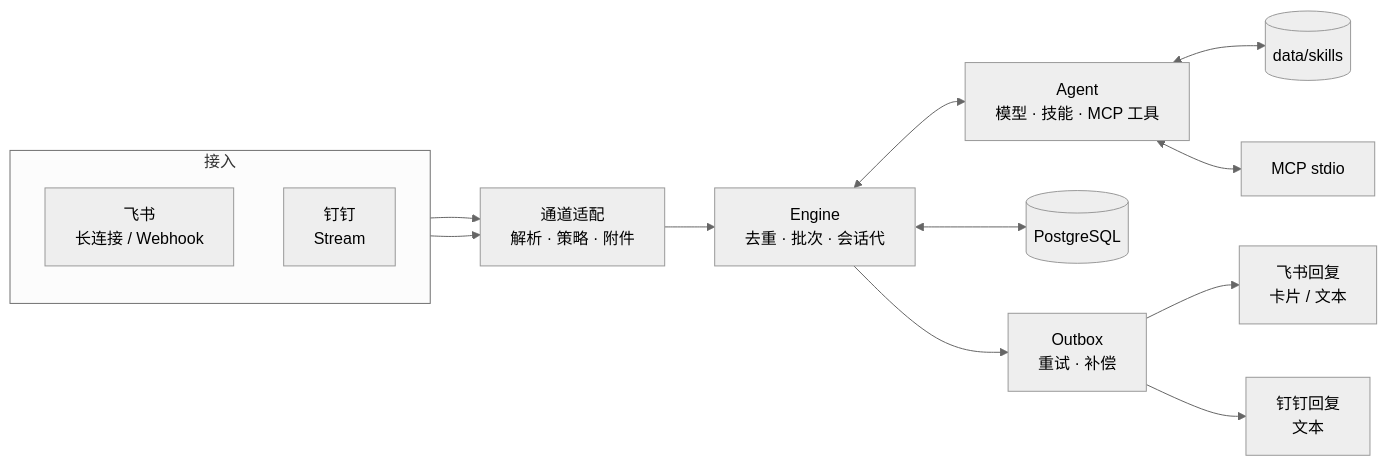
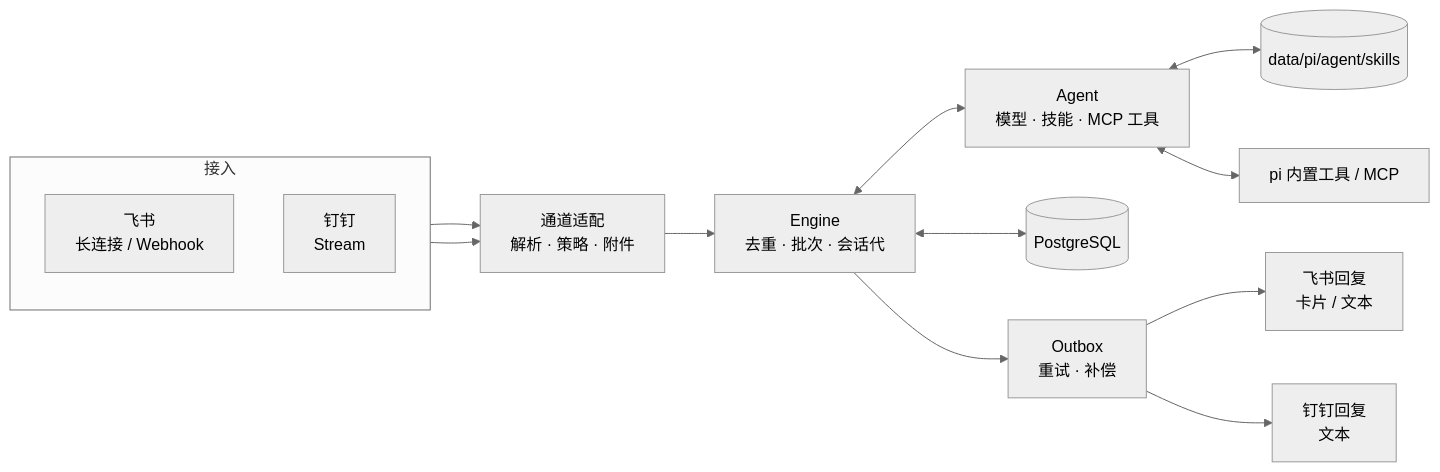
One commit to dongdonglog/Agenthub changed the diagram in README.md. Above: the diagram before and after it, drawn with Mermaid (neutral theme). The commit also changed other lines of this file and 8 other files, not shown here.

````diff
--- a/README.md
+++ b/README.md
@@ -48,18 +48,18 @@
 ```mermaid
 flowchart LR
     subgraph IN[接入]
       direction TB
       FS[飞书<br/>长连接 / Webhook]
       DT[钉钉<br/>Stream]
     end
     FS --> AD[通道适配<br/>解析 · 策略 · 附件]
     DT --> AD
     AD --> E[Engine<br/>去重 · 批次 · 会话代]
     E <--> A[Agent<br/>模型 · 技能 · MCP 工具]
     E <--> DB[(PostgreSQL)]
-    A <--> SK[(data/skills)]
-    A <--> MCP[MCP stdio]
+    A <--> SK[(data/pi/agent/skills)]
+    A <--> MCP[pi 内置工具 / MCP]
     E --> O[Outbox<br/>重试 · 补偿]
     O --> FR[飞书回复<br/>卡片 / 文本]
     O --> DR[钉钉回复<br/>文本]
 ```
````
